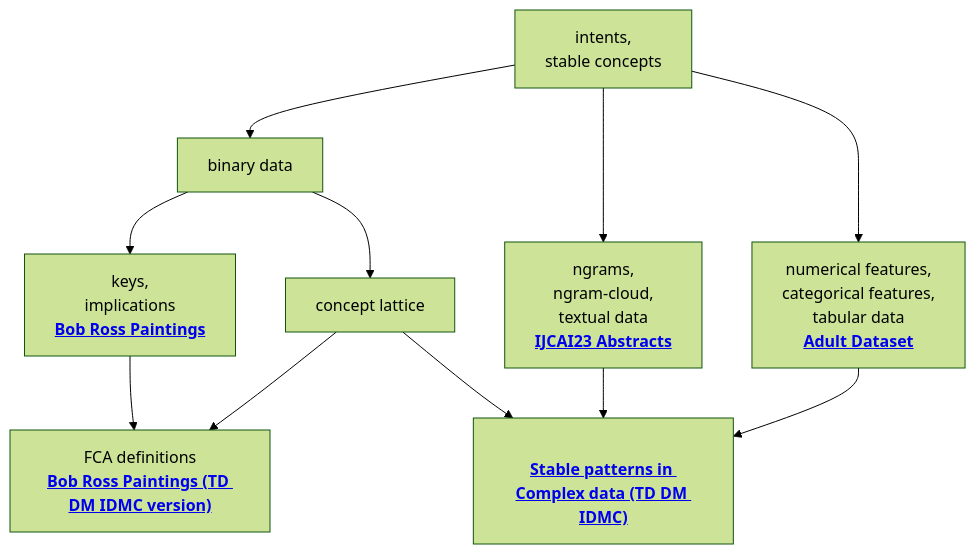
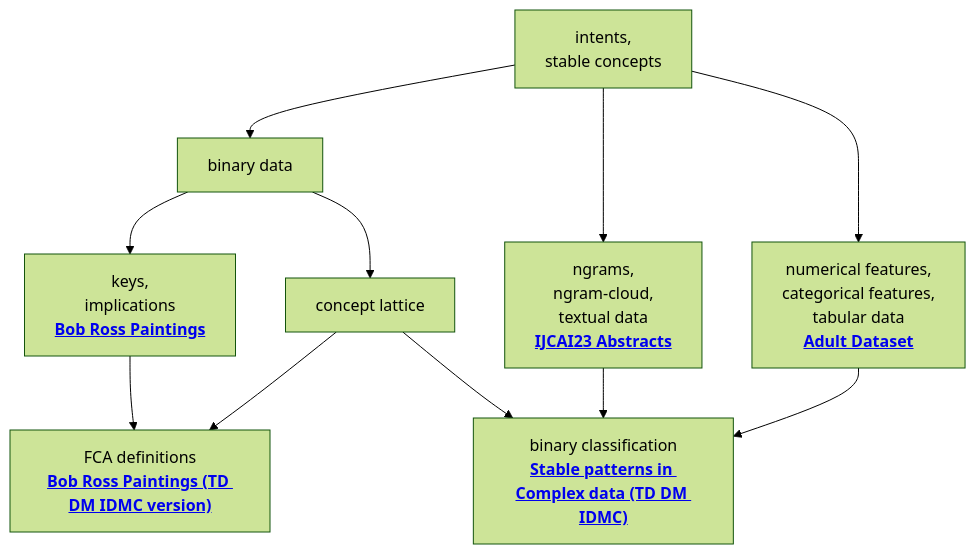
The diagram in README.md (EgorDudyrev/expailleur), drawn with Mermaid (forest theme) before and after one commit. The commit also changed other lines of this file, not shown here.

Commit message:
Add bin. classification tag to README.md

````diff
--- a/README.md
+++ b/README.md
@@ -15,22 +16,22 @@
 ```mermaid
 graph TD;
 A["intents,\nstable concepts\n<b>"];
 B["binary data\n<b>"];
 D["keys,\nimplications\n<b><a href='https://github.com/EgorDudyrev/expailleur/blob/main/Bob%20Ross%20Paintings.ipynb'>Bob Ross Paintings</a>"];
 C["concept lattice\n<b>"];
 E["ngrams,\nngram-cloud,\ntextual data\n<b><a href='https://github.com/EgorDudyrev/expailleur/blob/main/IJCAI23%20abstracts.ipynb'>IJCAI23 Abstracts</a>"];
 F["numerical features,\ncategorical features,\ntabular data\n<b><a href='https://github.com/EgorDudyrev/expailleur/blob/main/Adult%20Dataset.ipynb'>Adult Dataset</a>"];
 G["FCA definitions\n<b><a href='https://github.com/EgorDudyrev/expailleur/blob/main/Bob%20Ross%20Paintings%20(TD%20DM%20IDMC%20version).ipynb'>Bob Ross Paintings (TD DM IDMC version)</a>"];
-H["\n<b><a href='https://github.com/EgorDudyrev/expailleur/blob/main/Mining%20interesting%20patterns%20in%20complex_data%20(TD%20DM%20IDMC).ipynb'>Stable patterns in Complex data (TD DM IDMC)</a>"];
+H["binary classification\n<b><a href='https://github.com/EgorDudyrev/expailleur/blob/main/Mining%20interesting%20patterns%20in%20complex_data%20(TD%20DM%20IDMC).ipynb'>Stable patterns in Complex data (TD DM IDMC)</a>"];
 
 A --> B;
 A --> E;
 A --> F;
 B --> C;
 B --> D;
 D --> G;
 C --> G;
 C --> H;
 E --> H;
 F --> H;
 ```
````
